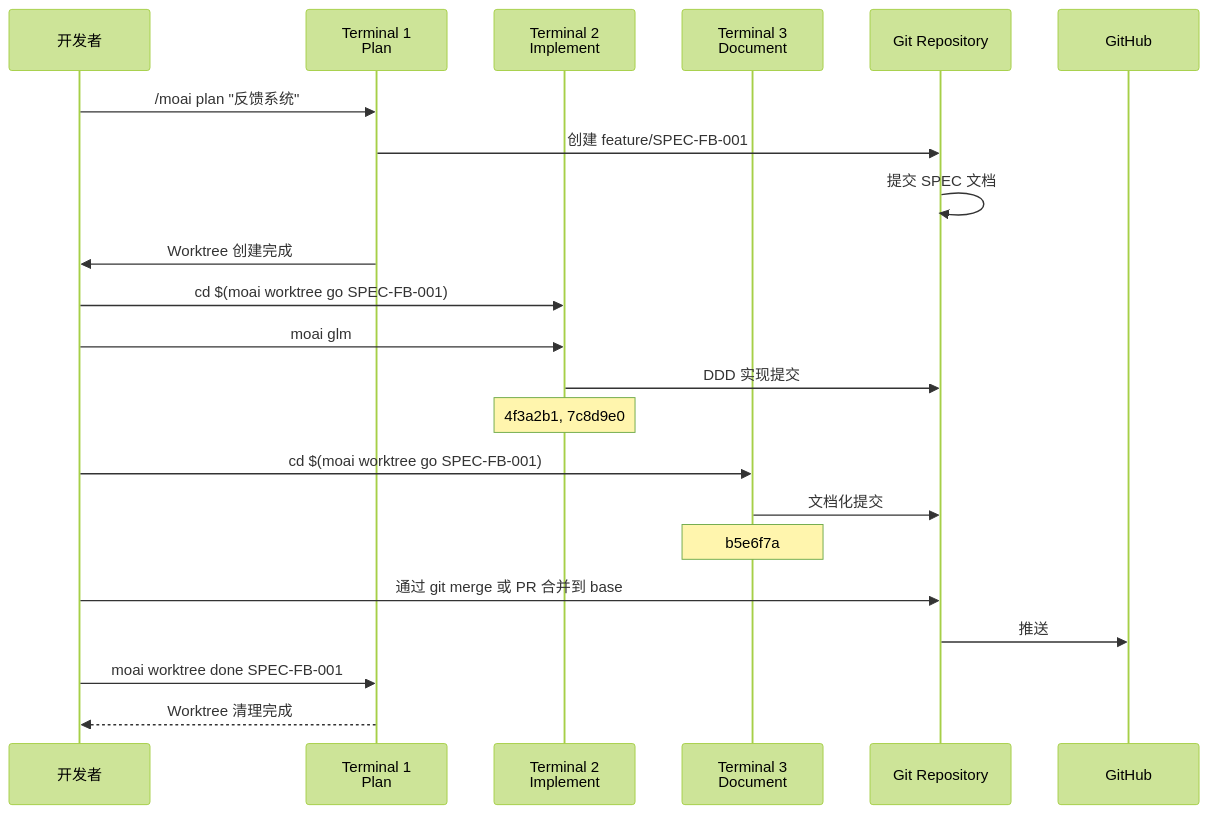
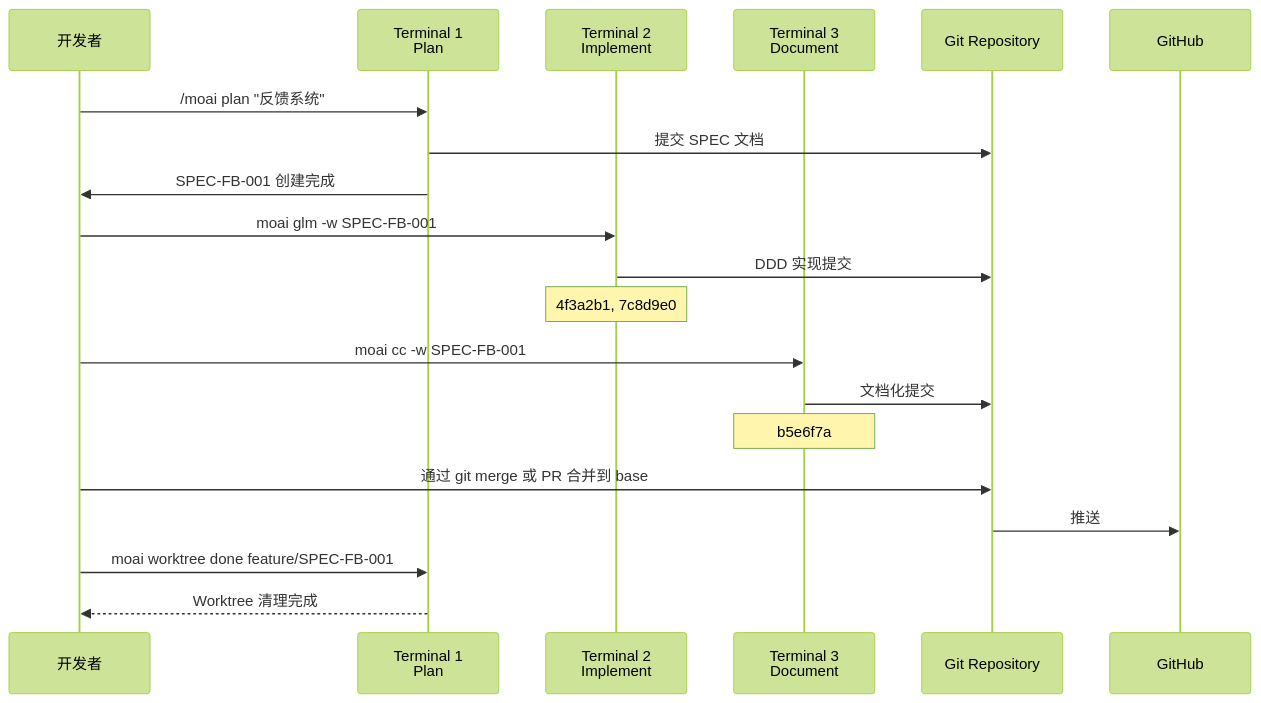
The fourth of 4 diagrams in mirrors/repos/modu-ai@moai-adk/docs-site/content/zh/worktree/examples.md (gabrielmoreira/agent-skills-mirror), drawn with Mermaid (forest theme) before and after one commit. The commit also changed other lines of this file and 1426 other files, not shown here.

````diff
--- a/mirrors/repos/modu-ai@moai-adk/docs-site/content/zh/worktree/examples.md
+++ b/mirrors/repos/modu-ai@moai-adk/docs-site/content/zh/worktree/examples.md
@@ -424,28 +416,26 @@
 ```mermaid
 sequenceDiagram
     participant Dev as 开发者
     participant T1 as Terminal 1<br/>Plan
     participant T2 as Terminal 2<br/>Implement
     participant T3 as Terminal 3<br/>Document
     participant Git as Git Repository
     participant Remote as GitHub
 
     Dev->>T1: /moai plan "反馈系统"
-    T1->>Git: 创建 feature/SPEC-FB-001
-    Git->>Git: 提交 SPEC 文档
-    T1->>Dev: Worktree 创建完成
+    T1->>Git: 提交 SPEC 文档
+    T1->>Dev: SPEC-FB-001 创建完成
 
-    Dev->>T2: cd $(moai worktree go SPEC-FB-001)
-    Dev->>T2: moai glm
+    Dev->>T2: moai glm -w SPEC-FB-001
     T2->>Git: DDD 实现提交
     Note over T2: 4f3a2b1, 7c8d9e0
 
-    Dev->>T3: cd $(moai worktree go SPEC-FB-001)
+    Dev->>T3: moai cc -w SPEC-FB-001
     T3->>Git: 文档化提交
     Note over T3: b5e6f7a
 
     Dev->>Git: 通过 git merge 或 PR 合并到 base
     Git->>Remote: 推送
-    Dev->>T1: moai worktree done SPEC-FB-001
+    Dev->>T1: moai worktree done feature/SPEC-FB-001
     T1-->>Dev: Worktree 清理完成
 ```
````
